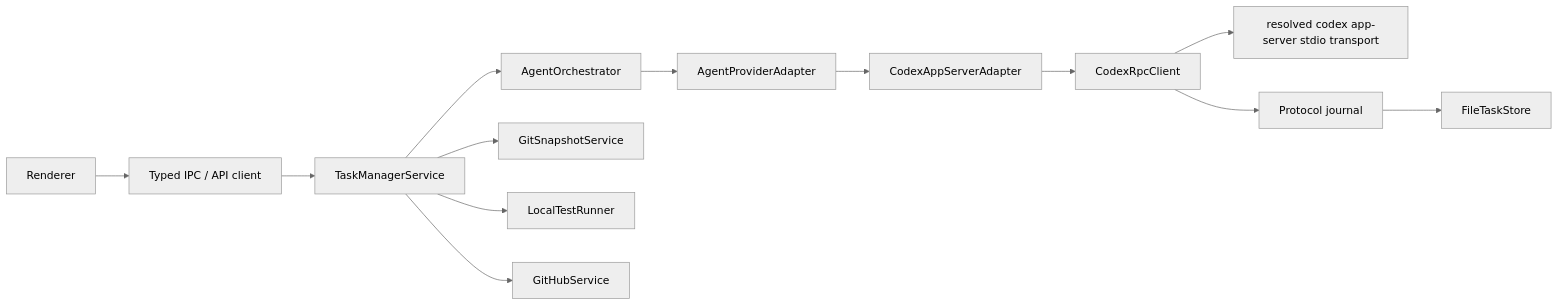
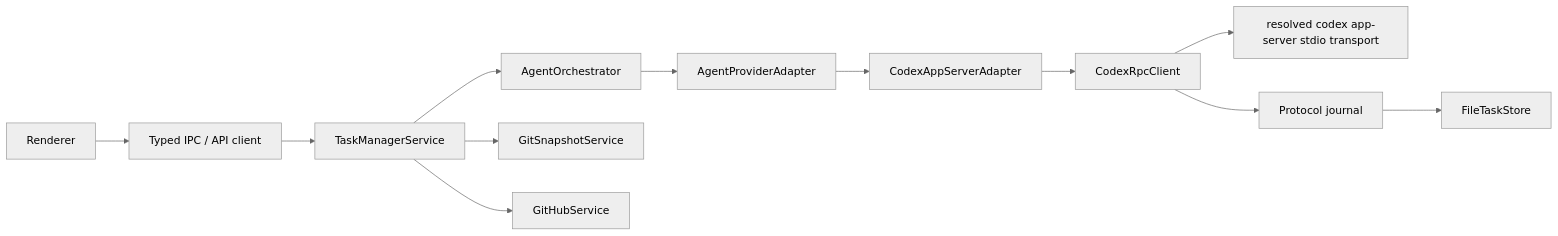
The diagram in docs/APP_SERVER_ARCHITECTURE.md (RojhatToptamus/task-monki), drawn with Mermaid (neutral theme) before and after one commit. The commit also changed other lines of this file and 45 other files, not shown here.

````diff
--- a/docs/APP_SERVER_ARCHITECTURE.md
+++ b/docs/APP_SERVER_ARCHITECTURE.md
@@ -32,15 +31,14 @@
 ```mermaid
 flowchart LR
   UI["Renderer"] --> IPC["Typed IPC / API client"]
   IPC --> Service["TaskManagerService"]
   Service --> Orchestrator["AgentOrchestrator"]
   Orchestrator --> Adapter["AgentProviderAdapter"]
   Adapter --> Codex["CodexAppServerAdapter"]
   Codex --> RPC["CodexRpcClient"]
   RPC --> Server["resolved codex app-server stdio transport"]
   RPC --> Journal["Protocol journal"]
   Journal --> Store["FileTaskStore"]
   Service --> Git["GitSnapshotService"]
-  Service --> Tests["LocalTestRunner"]
   Service --> GitHub["GitHubService"]
 ```
````
